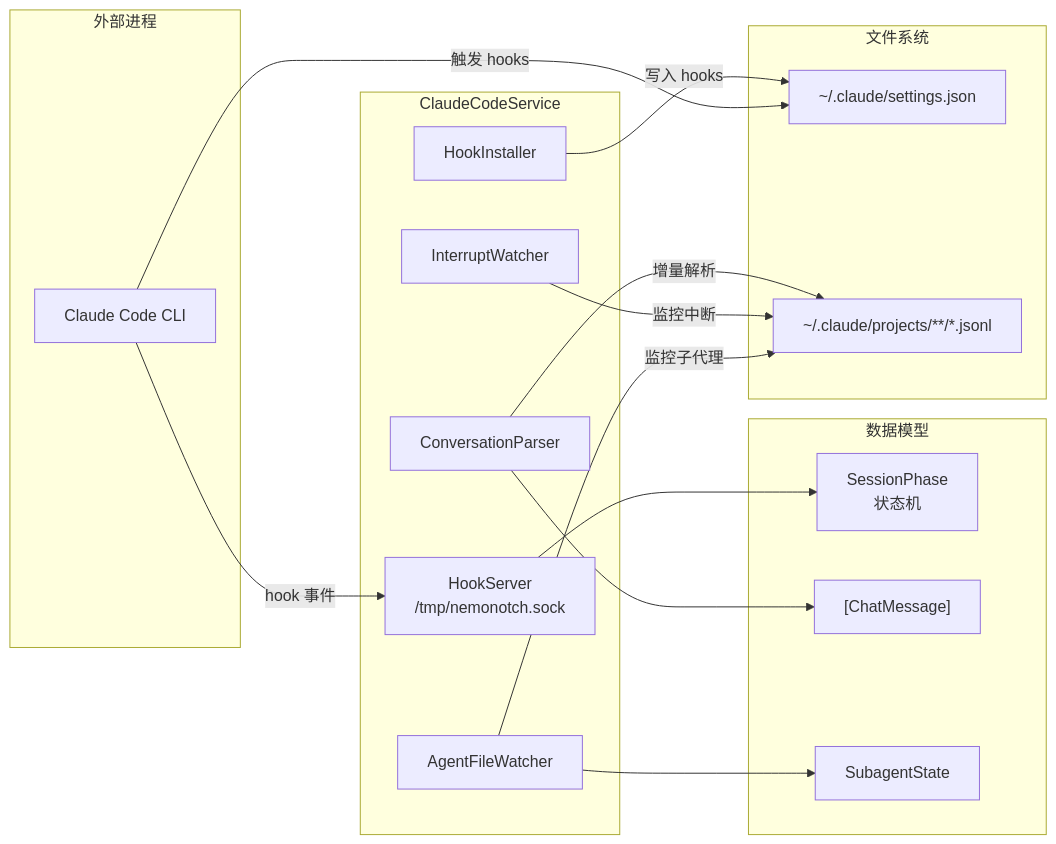
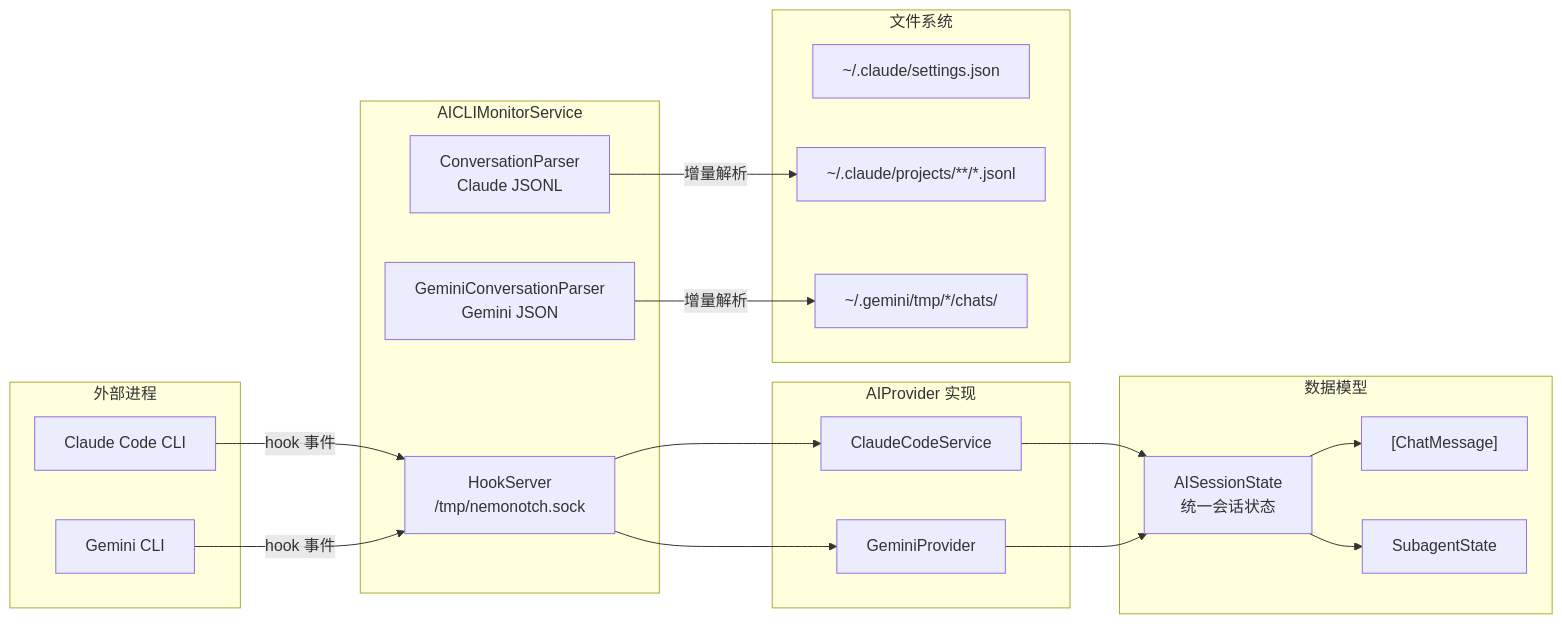
Before and after one commit to GaoZimeng0425/NemoNotch: the second of 3 diagrams in CLAUDE.md, drawn with Mermaid. The commit also changed other lines of this file and 8 other files, not shown here.

First line of the commit message:
refactor: extract ConversationParserProtocol for extensible AI parser architecture

````diff
--- a/CLAUDE.md
+++ b/CLAUDE.md
@@ -87,36 +94,41 @@
 ```mermaid
 graph LR
     subgraph External["外部进程"]
         CC["Claude Code CLI"]
+        GC["Gemini CLI"]
     end
 
-    subgraph Service["ClaudeCodeService"]
+    subgraph Monitor["AICLIMonitorService"]
         HS["HookServer<br/>/tmp/nemonotch.sock"]
-        HI["HookInstaller"]
-        CP["ConversationParser"]
-        IW["InterruptWatcher"]
-        AFW["AgentFileWatcher"]
+        CP["ConversationParser<br/>Claude JSONL"]
+        GCP["GeminiConversationParser<br/>Gemini JSON"]
+    end
+
+    subgraph Providers["AIProvider 实现"]
+        CLS["ClaudeCodeService"]
+        GPR["GeminiProvider"]
     end
 
     subgraph Data["数据模型"]
-        SP["SessionPhase<br/>状态机"]
+        AIS["AISessionState<br/>统一会话状态"]
         MSG["[ChatMessage]"]
         SA["SubagentState"]
     end
 
     subgraph Files["文件系统"]
         S["~/.claude/settings.json"]
-        J["~/.claude/projects/**/*.jsonl"]
+        CJ["~/.claude/projects/**/*.jsonl"]
+        GJ["~/.gemini/tmp/*/chats/"]
     end
 
     CC -->|"hook 事件"| HS
-    HI -->|"写入 hooks"| S
-    CC -->|"触发 hooks"| S
-    CP -->|"增量解析"| J
-    IW -->|"监控中断"| J
-    AFW -->|"监控子代理"| J
-
-    HS --> SP
-    CP --> MSG
-    AFW --> SA
+    GC -->|"hook 事件"| HS
+    HS --> CLS
+    HS --> GPR
+    CP -->|"增量解析"| CJ
+    GCP -->|"增量解析"| GJ
+    CLS --> AIS
+    GPR --> AIS
+    AIS --> MSG
+    AIS --> SA
 ```
````
